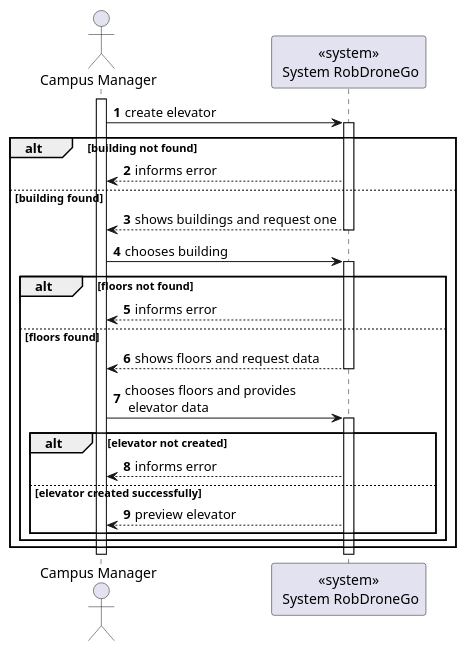
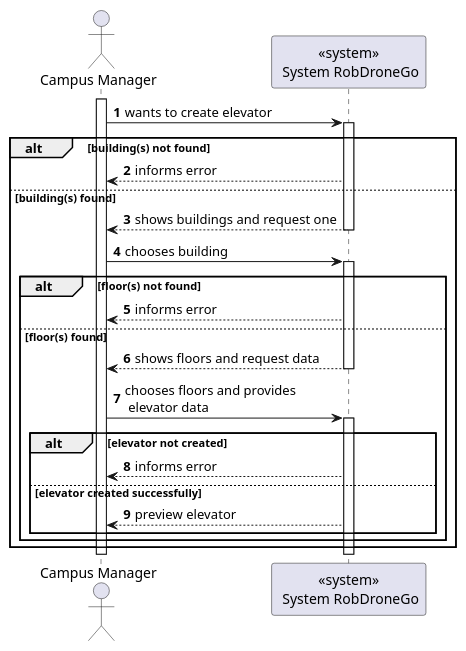
The diagram in docs/us1130/level1/process-view.puml (Departamento-de-Engenharia-Informatica/lapr5-23-24-g19), drawn with PlantUML before and after one commit. The commit also changed 13 other files, not shown here.

```diff
--- a/docs/us1130/level1/process-view.puml
+++ b/docs/us1130/level1/process-view.puml
@@ -1,41 +1,41 @@
 @startuml
 autonumber
 
 actor "Campus Manager" as usr
 
 participant "<<system>>\n System RobDroneGo" as sys
 
 activate usr
-    usr -> sys : create elevator
+    usr -> sys : wants to create elevator
     activate sys
 
-    alt building not found
+    alt building(s) not found
         sys --> usr : informs error
-    else building found
+    else building(s) found
         sys --> usr : shows buildings and request one
     deactivate sys
 
     usr -> sys : chooses building
     activate sys
 
-    alt floors not found
+    alt floor(s) not found
         sys --> usr : informs error
-    else floors found
+    else floor(s) found
         sys --> usr: shows floors and request data
     deactivate sys
 
     usr -> sys : chooses floors and provides\n elevator data
     activate sys
 
     alt elevator not created
         sys --> usr : informs error
     else elevator created successfully
         sys --> usr : preview elevator
 
             end
         end
     end
     deactivate sys
 deactivate usr
 
 @enduml
```
